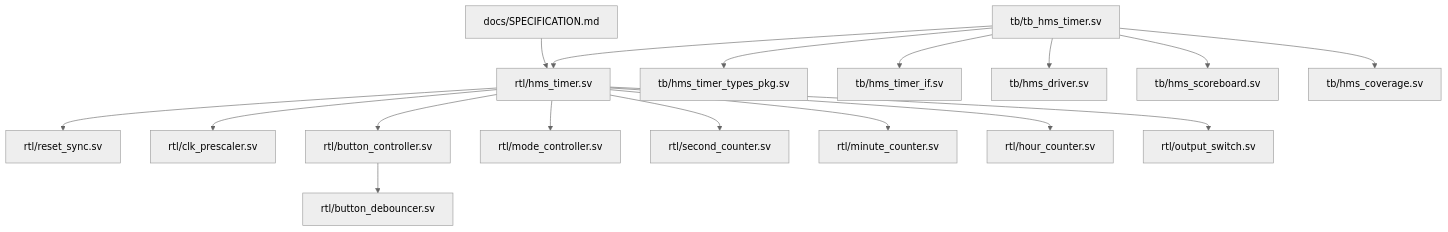
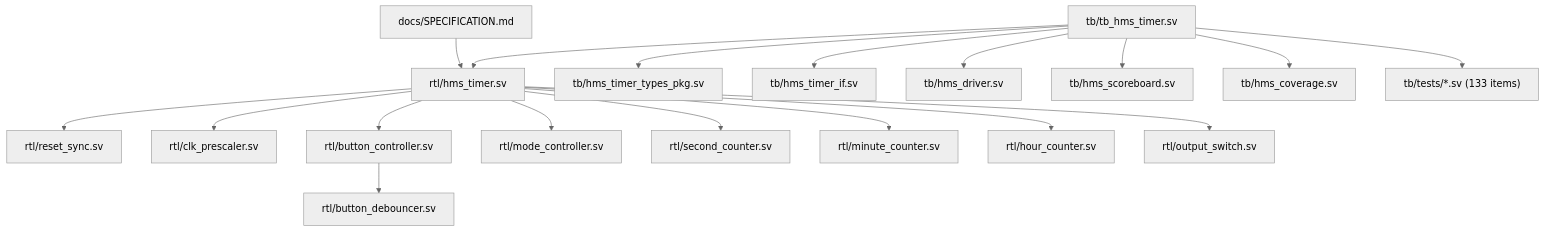
One commit to phamtrounggiang2105/Digital_Qorvo_Hust_2026 changed the diagram in HMS_Timer_Ngo_Thai_Binh/repo_map.md. Above: the diagram before and after it, drawn with Mermaid (neutral theme). The commit also changed other lines of this file and 35 other files, not shown here.

Commit message:
docs(HMS_Timer_Ngo_Thai_Binh): add formal verification report, modularize test suites, and update architecture docs

````diff
--- a/HMS_Timer_Ngo_Thai_Binh/repo_map.md
+++ b/HMS_Timer_Ngo_Thai_Binh/repo_map.md
@@ -39,20 +52,21 @@
 ```mermaid
 graph TD
     SPEC["docs/SPECIFICATION.md"] --> TOP["rtl/hms_timer.sv"]
     TOP --> RST["rtl/reset_sync.sv"]
     TOP --> PSC["rtl/clk_prescaler.sv"]
     TOP --> BTN["rtl/button_controller.sv"]
     BTN --> DEB["rtl/button_debouncer.sv"]
     TOP --> FSM["rtl/mode_controller.sv"]
     TOP --> SEC["rtl/second_counter.sv"]
     TOP --> MIN["rtl/minute_counter.sv"]
     TOP --> HR["rtl/hour_counter.sv"]
     TOP --> MUX["rtl/output_switch.sv"]
 
     TB["tb/tb_hms_timer.sv"] --> PKG["tb/hms_timer_types_pkg.sv"]
     TB --> IF["tb/hms_timer_if.sv"]
     TB --> DRV["tb/hms_driver.sv"]
     TB --> SCB["tb/hms_scoreboard.sv"]
     TB --> COV["tb/hms_coverage.sv"]
+    TB --> TESTS["tb/tests/*.sv (133 items)"]
     TB --> TOP
 ```
````
